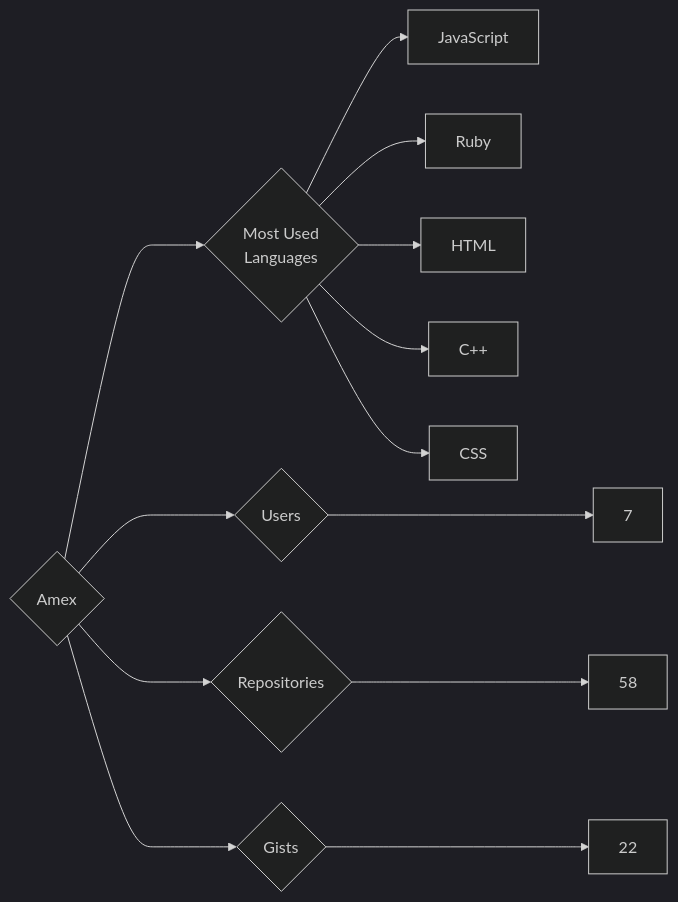
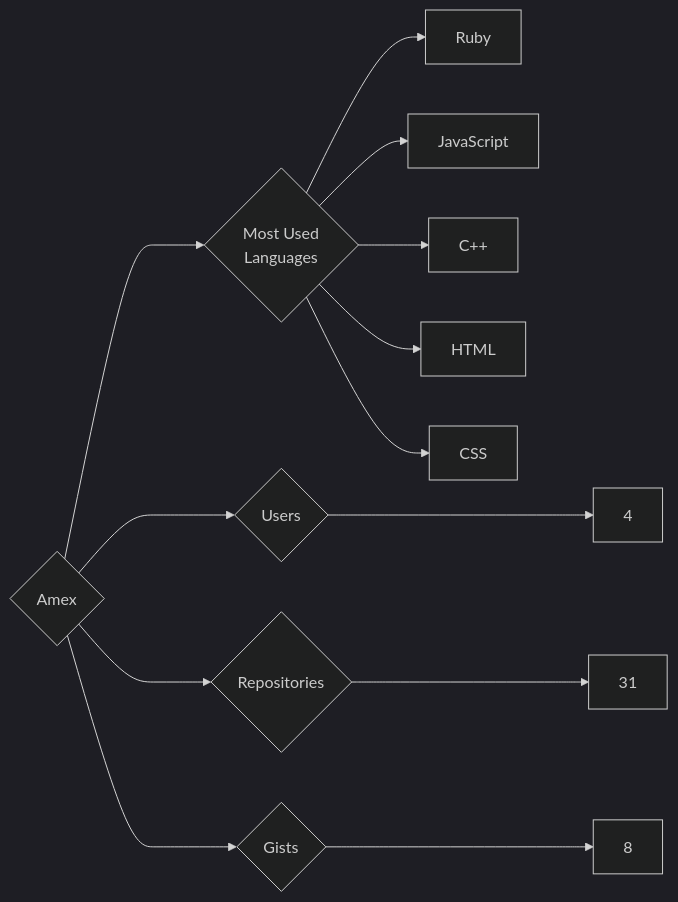
Before and after one commit to trickest/insiders: the diagram in targets/Amex/README.md, drawn with Mermaid (dark theme). The commit also changed 752 other files, not shown here.

````diff
--- a/targets/Amex/README.md
+++ b/targets/Amex/README.md
@@ -3,13 +3,13 @@
 ```mermaid
 graph LR
 COMPANY_NAME{Amex}
-COMPANY_NAME ---> U{Users} ---> UN[7]
-COMPANY_NAME ---> R{Repositories} ---> RN[58]
-COMPANY_NAME ---> G{Gists} ---> GN[22]
+COMPANY_NAME ---> U{Users} ---> UN[4]
+COMPANY_NAME ---> R{Repositories} ---> RN[31]
+COMPANY_NAME ---> G{Gists} ---> GN[8]
 COMPANY_NAME ---> ML{Most Used<br>Languages}
+ML --> Ruby[Ruby]
 ML --> JavaScript[JavaScript]
-ML --> Ruby[Ruby]
+ML --> C++[C++]
 ML --> HTML[HTML]
-ML --> C++[C++]
 ML --> CSS[CSS]
 ```
````
